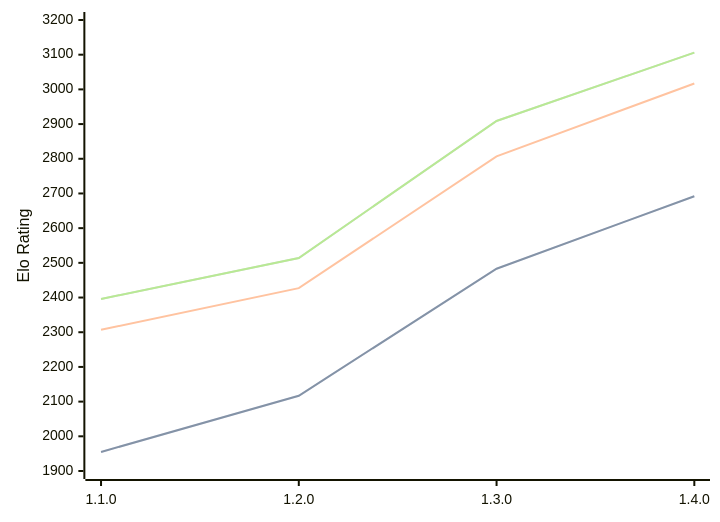
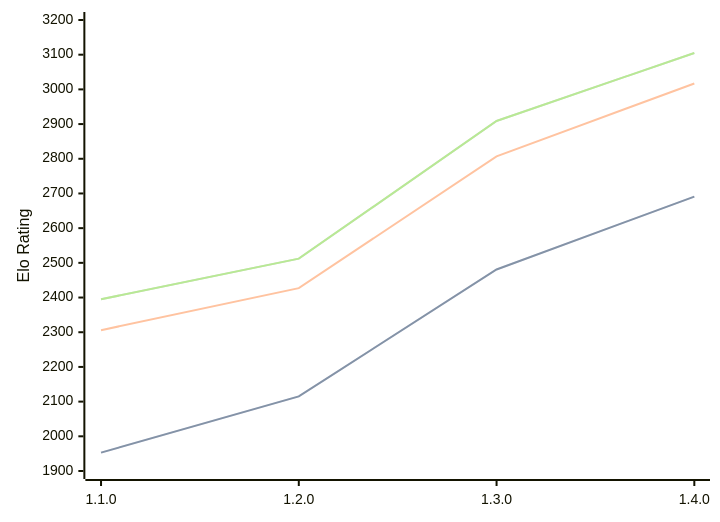
Before and after one commit to computer-chess-index/cci: the third of 3 diagrams in engines/Gyatso.md, drawn with Mermaid. The commit also changed other lines of this file, not shown here.

Commit message:
Update CCI Ratings (ELO VLTC) - 2026-06-26

````diff
--- a/engines/Gyatso.md
+++ b/engines/Gyatso.md
@@ -68,11 +68,11 @@
 ```mermaid
 %%{init: {"theme":"base","themeVariables":{"seriesColors:['#a3a3a3','#222221','#faa371']}}}%%
 xychart-beta
   x-axis ["1.1.0", "1.2.0", "1.3.0", "1.4.0"]
   y-axis "Elo Rating" 1900 --> 3200
-  line "STC (8.0+0.08s)" [1955, 2117, 2483, 2692]
-  line "STC (8.0+0.08s)" [1955, 2117, 2483, 2692]
-  line "LTC (60.0+0.60s)" [2307, 2427, 2807, 3017]
-  line "VLTC (2m24s+1.12s)" [2396, 2514, 2909, 3106]
-  line "VLTC (2m24s+1.12s)" [2396, 2514, 2909, 3106]
+  line "STC (8.0+0.08s)" [1953, 2115, 2481, 2691]
+  line "STC (8.0+0.08s)" [1953, 2115, 2481, 2691]
+  line "LTC (60.0+0.60s)" [2306, 2427, 2807, 3017]
+  line "VLTC (2m24s+1.12s)" [2395, 2512, 2909, 3105]
+  line "VLTC (2m24s+1.12s)" [2395, 2512, 2909, 3105]
 ```
````
